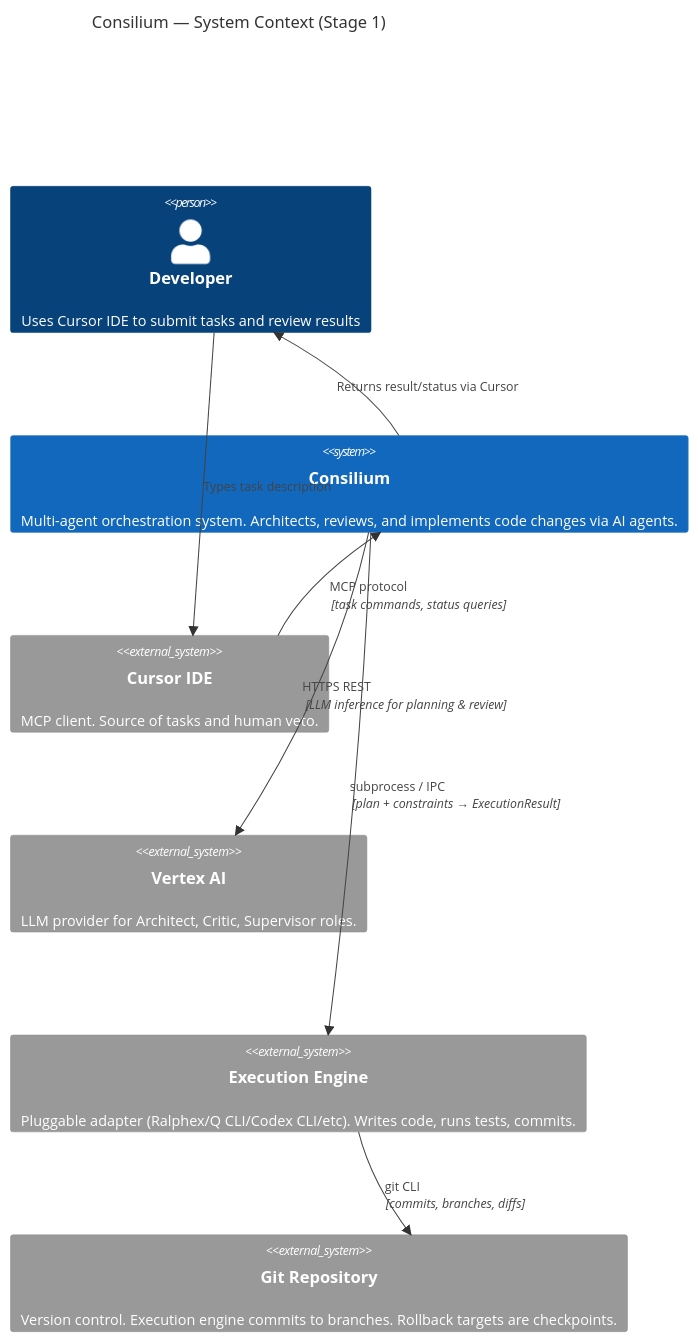
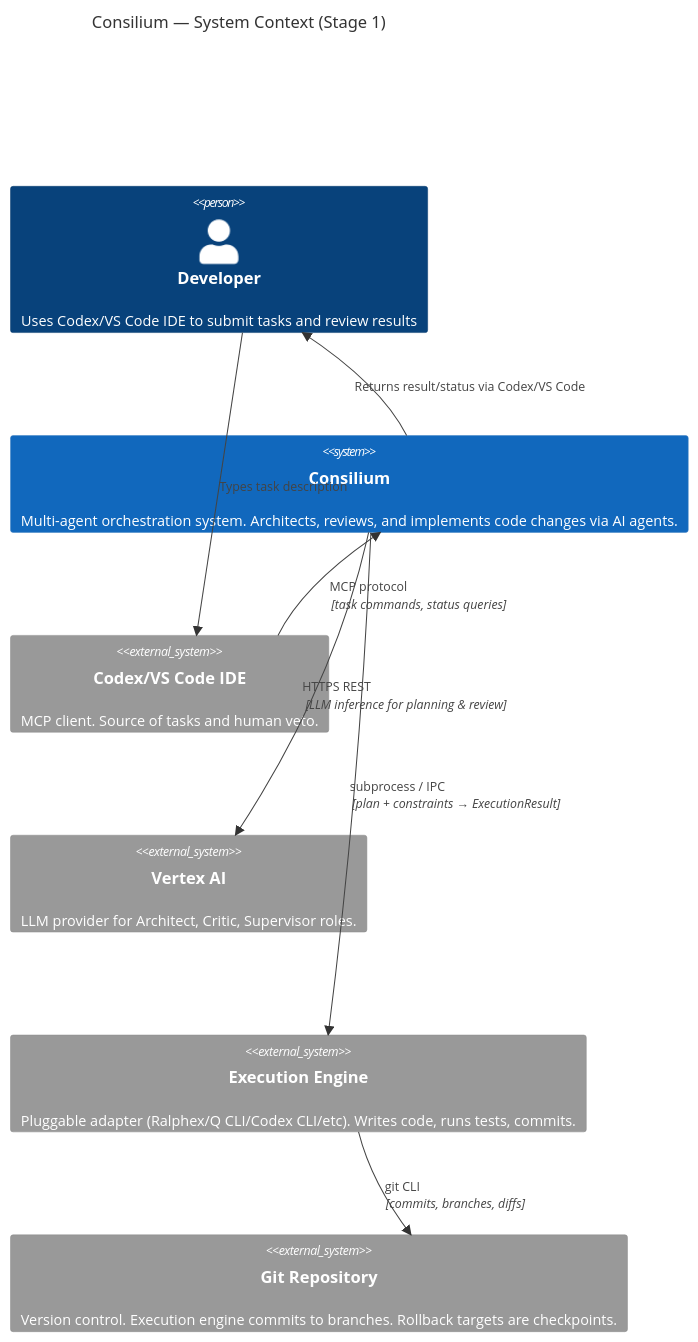
One commit to chris-madsen/Mult-agent-AI-Orchestration changed the first of 5 diagrams in consilium-design.md. Above: the diagram before and after it, drawn with Mermaid. The commit also changed other lines of this file and 70 other files, not shown here.

````diff
--- a/consilium-design.md
+++ b/consilium-design.md
@@ -225,20 +225,20 @@
 ```mermaid
 C4Context
     title Consilium — System Context (Stage 1)
 
-    Person(dev, "Developer", "Uses Cursor IDE to submit tasks and review results")
+    Person(dev, "Developer", "Uses Codex/VS Code IDE to submit tasks and review results")
 
     System(consilium, "Consilium", "Multi-agent orchestration system. Architects, reviews, and implements code changes via AI agents.")
 
-    System_Ext(cursor, "Cursor IDE", "MCP client. Source of tasks and human veto.")
+    System_Ext(Codex/VS Code, "Codex/VS Code IDE", "MCP client. Source of tasks and human veto.")
     System_Ext(vertex, "Vertex AI", "LLM provider for Architect, Critic, Supervisor roles.")
     System_Ext(exec_engine, "Execution Engine", "Pluggable adapter (Ralphex/Q CLI/Codex CLI/etc). Writes code, runs tests, commits.")
     System_Ext(git, "Git Repository", "Version control. Execution engine commits to branches. Rollback targets are checkpoints.")
 
-    Rel(dev, cursor, "Types task description")
-    Rel(cursor, consilium, "MCP protocol", "task commands, status queries")
+    Rel(dev, Codex/VS Code, "Types task description")
+    Rel(Codex/VS Code, consilium, "MCP protocol", "task commands, status queries")
     Rel(consilium, vertex, "HTTPS REST", "LLM inference for planning & review")
     Rel(consilium, exec_engine, "subprocess / IPC", "plan + constraints → ExecutionResult")
     Rel(exec_engine, git, "git CLI", "commits, branches, diffs")
-    Rel(consilium, dev, "Returns result/status via Cursor")
+    Rel(consilium, dev, "Returns result/status via Codex/VS Code")
 ```
````
